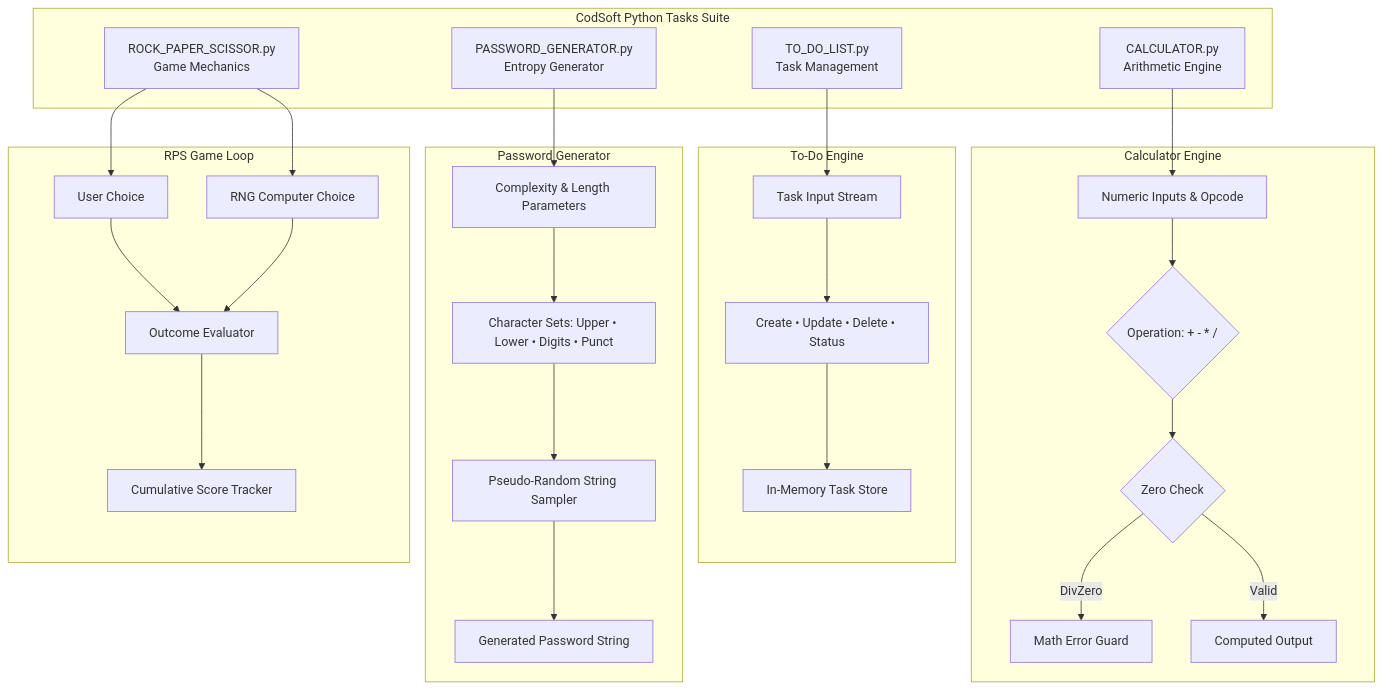
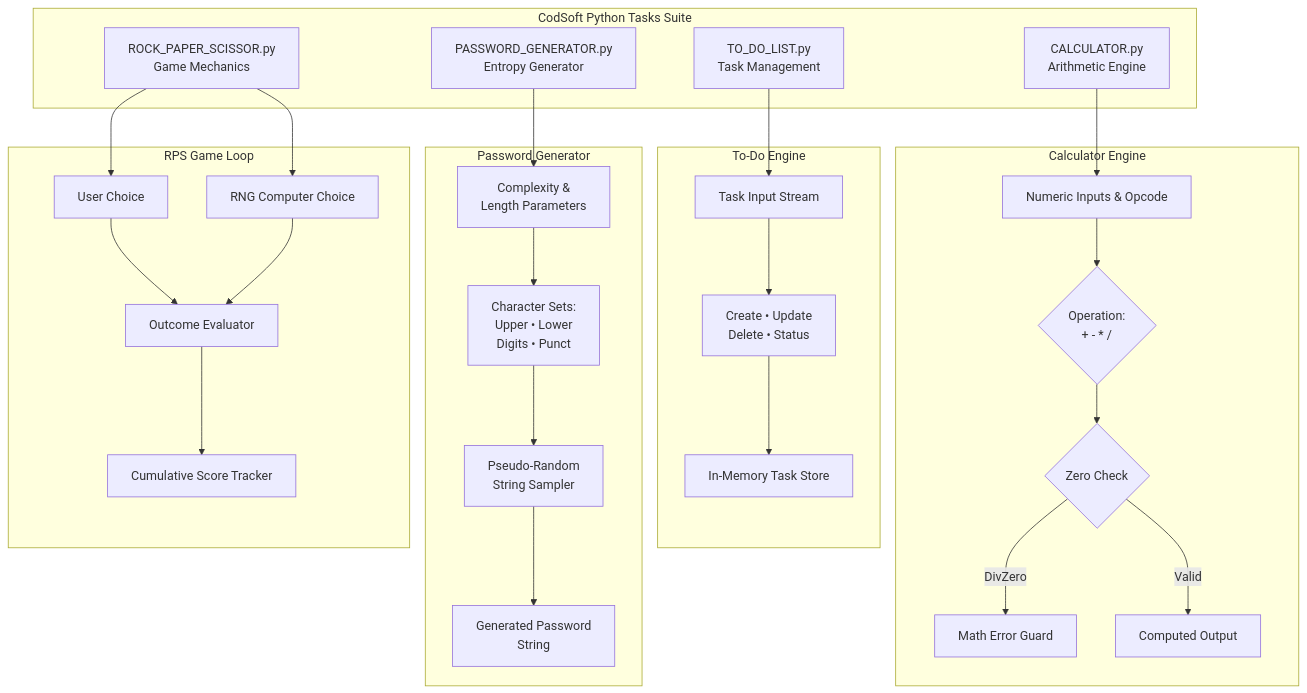
One commit to ISBANDURAHUMAN-R/BASIC_PYTHON_APPLICATIONS changed the diagram in README.md. Above: the diagram before and after it, drawn with Mermaid.

Commit message:
docs: fix Mermaid diagram text visibility, wrapping and responsive layout

````diff
--- a/README.md
+++ b/README.md
@@ -19,37 +19,37 @@
 ```mermaid
 graph TD
     subgraph Suite ["CodSoft Python Tasks Suite"]
         T1["TO_DO_LIST.py<br/>Task Management"]
         T2["CALCULATOR.py<br/>Arithmetic Engine"]
         T3["PASSWORD_GENERATOR.py<br/>Entropy Generator"]
         T4["ROCK_PAPER_SCISSOR.py<br/>Game Mechanics"]
     end
 
     subgraph T1Logic ["To-Do Engine"]
         T1 --> T1In["Task Input Stream"]
-        T1In --> T1Ops["Create • Update • Delete • Status"]
+        T1In --> T1Ops["Create • Update<br/>Delete • Status"]
         T1Ops --> T1Mem["In-Memory Task Store"]
     end
 
     subgraph T2Logic ["Calculator Engine"]
         T2 --> T2In["Numeric Inputs & Opcode"]
-        T2In --> T2Eval{"Operation: + - * /"}
+        T2In --> T2Eval{"Operation:<br/>+ - * /"}
         T2Eval --> T2Div{"Zero Check"}
         T2Div -- DivZero --> T2Err["Math Error Guard"]
         T2Div -- Valid --> T2Res["Computed Output"]
     end
 
     subgraph T3Logic ["Password Generator"]
-        T3 --> T3Len["Complexity & Length Parameters"]
-        T3Len --> T3Charset["Character Sets: Upper • Lower • Digits • Punct"]
-        T3Charset --> T3RNG["Pseudo-Random String Sampler"]
-        T3RNG --> T3Pass["Generated Password String"]
+        T3 --> T3Len["Complexity &<br/>Length Parameters"]
+        T3Len --> T3Charset["Character Sets:<br/>Upper • Lower<br/>Digits • Punct"]
+        T3Charset --> T3RNG["Pseudo-Random<br/>String Sampler"]
+        T3RNG --> T3Pass["Generated Password<br/>String"]
     end
 
     subgraph T4Logic ["RPS Game Loop"]
         T4 --> T4User["User Choice"]
         T4 --> T4Bot["RNG Computer Choice"]
         T4User & T4Bot --> T4Judge["Outcome Evaluator"]
         T4Judge --> T4Score["Cumulative Score Tracker"]
     end
 ```
````
